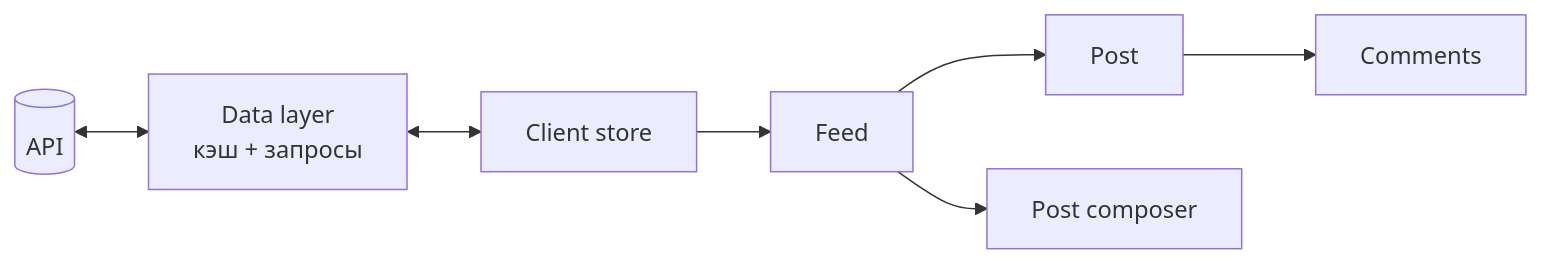
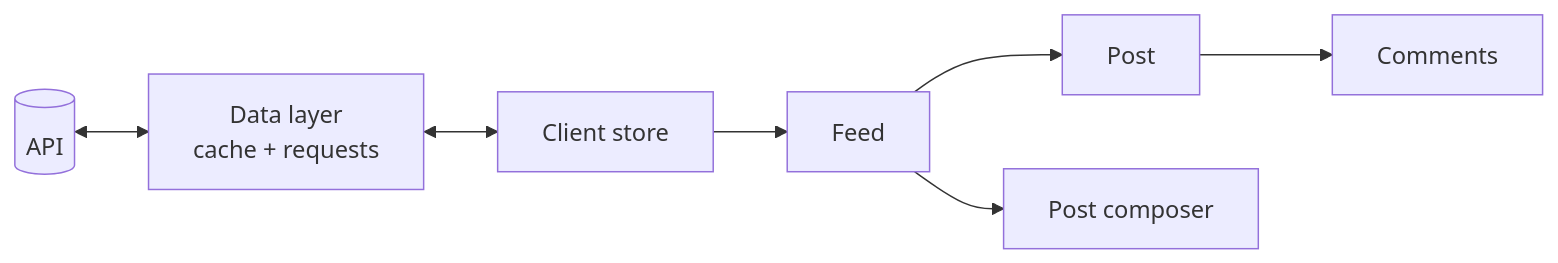
One commit to lenar-e/frontend-notes changed the diagram in notes/system-design/cases/news-feed.md. Above: the diagram before and after it, drawn with Mermaid. The commit also changed other lines of this file and 82 other files, not shown here.

````diff
--- a/notes/system-design/cases/news-feed.md
+++ b/notes/system-design/cases/news-feed.md
@@ -27,9 +27,9 @@
 ```mermaid
 flowchart LR
-  Server[(API)] <--> Data[Data layer<br/>кэш + запросы]
+  Server[(API)] <--> Data[Data layer<br/>cache + requests]
   Data <--> Store[Client store]
   Store --> Feed[Feed]
   Feed --> Post[Post]
   Feed --> Composer[Post composer]
   Post --> Comments[Comments]
 ```
````
